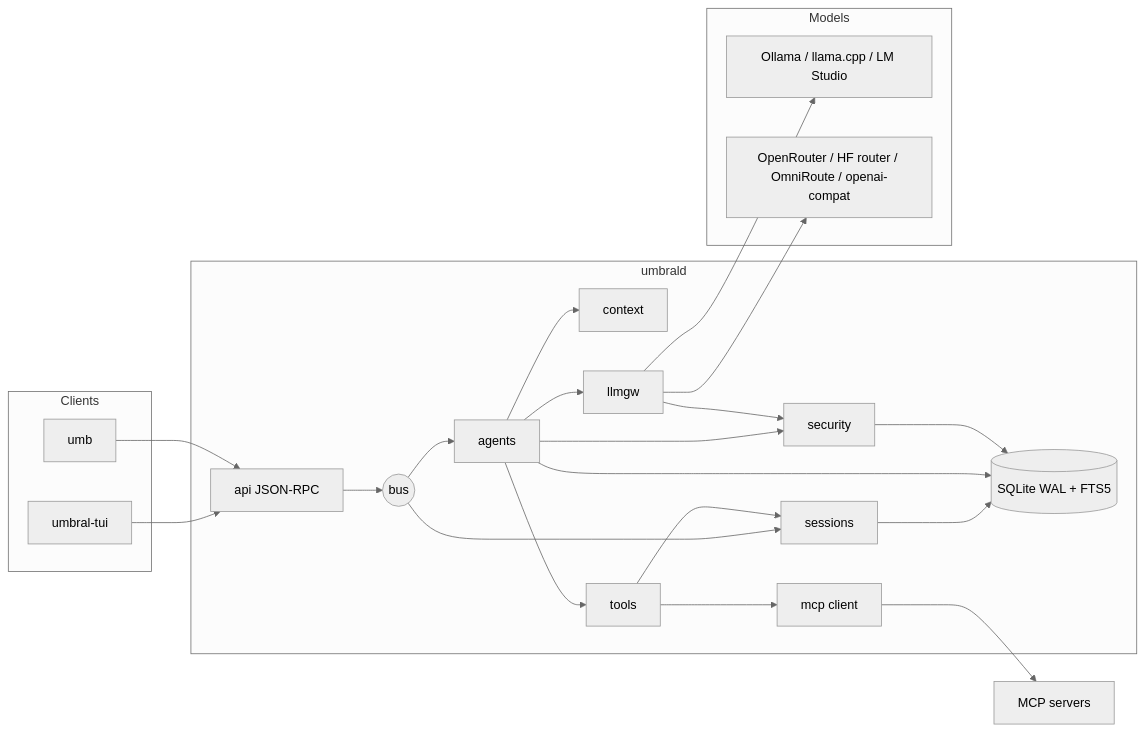
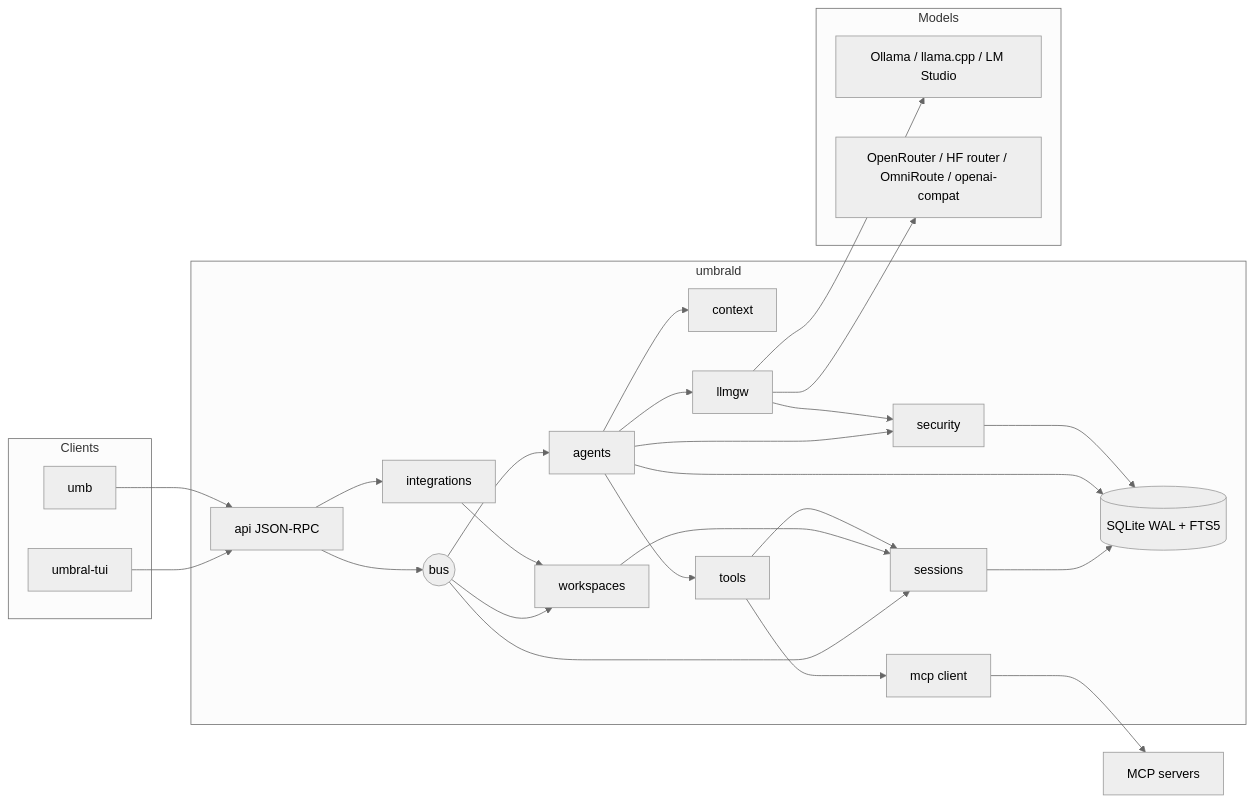
Before and after one commit to ecrespo/umbral: the first of 2 diagrams in specs/technical/umbral-architecture.md, drawn with Mermaid (neutral theme). The commit also changed other lines of this file and 37 other files, not shown here.

````diff
--- a/specs/technical/umbral-architecture.md
+++ b/specs/technical/umbral-architecture.md
@@ -47,42 +47,48 @@
 ```mermaid
 flowchart LR
   subgraph Clients
     TUI["umbral-tui"]
     CLI["umb"]
   end
   subgraph D["umbrald"]
     API["api JSON-RPC"]
     BUS(("bus"))
+    WSP["workspaces"]
     SES["sessions"]
     AGT["agents"]
+    INT["integrations"]
     CTX["context"]
     TOOLS["tools"]
     GW["llmgw"]
     MCPC["mcp client"]
     SEC["security"]
     STORE[("SQLite WAL + FTS5")]
   end
   subgraph Models
     LOC["Ollama / llama.cpp / LM Studio"]
     REM["OpenRouter / HF router / OmniRoute / openai-compat"]
   end
   EXT["MCP servers"]
   TUI --> API
   CLI --> API
   API --> BUS
+  BUS --> WSP
   BUS --> SES
   BUS --> AGT
+  WSP --> SES
+  INT --> WSP
+  API --> INT
   AGT --> CTX
   AGT --> TOOLS
   AGT --> GW
   AGT --> SEC
   TOOLS --> SES
   TOOLS --> MCPC
   MCPC --> EXT
   GW --> SEC
   GW --> LOC
   GW --> REM
   SES --> STORE
   AGT --> STORE
   SEC --> STORE
 ```
````
